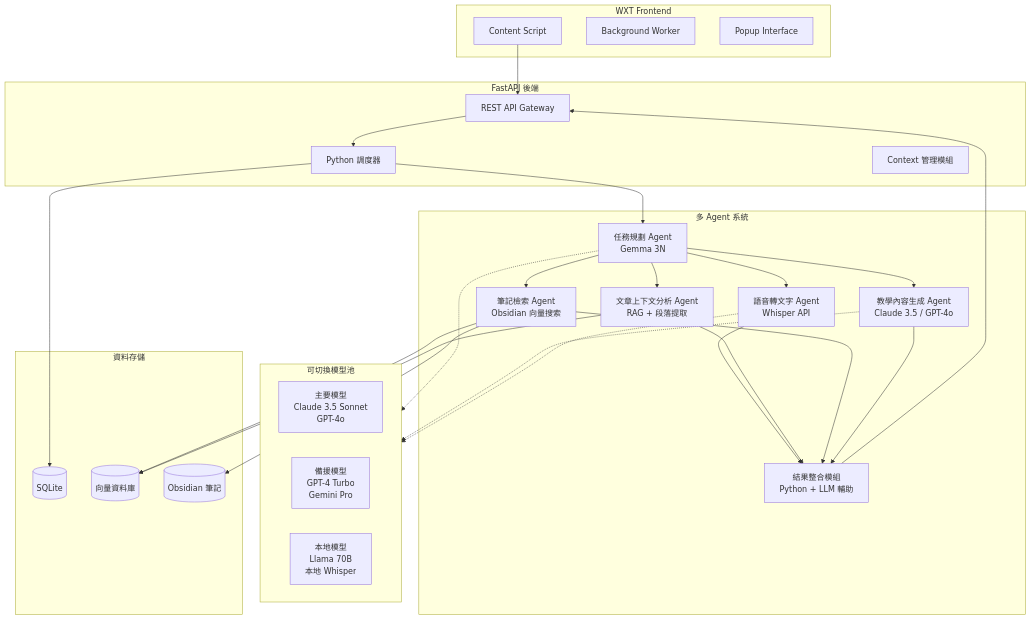
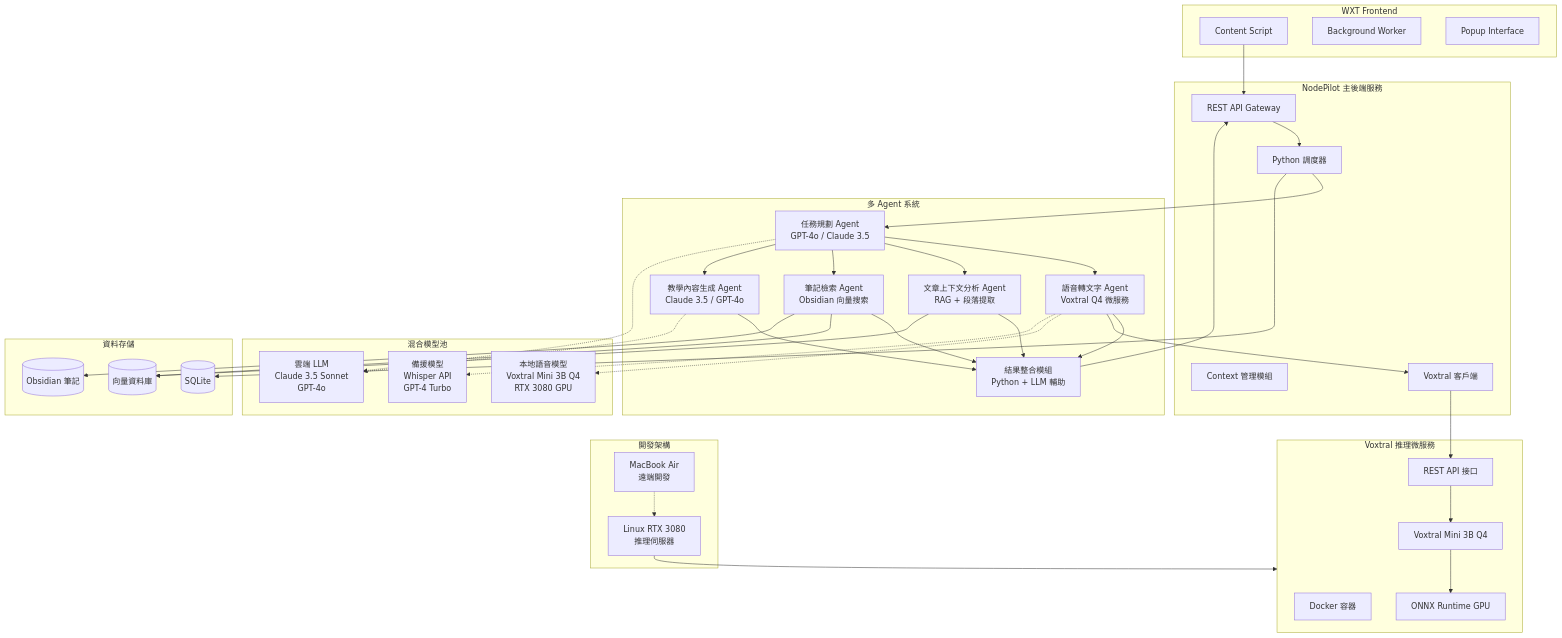
One commit to sheep52031/nodepilot.ai changed the first of 3 diagrams in spec_docs/design.md. Above: the diagram before and after it, drawn with Mermaid. The commit also changed other lines of this file and 32 other files, not shown here.

First line of the commit message:
feat: 完整提交 NodePilot V6 MVP - Voxtral 微服務 + Reader 功能

````diff
--- a/spec_docs/design.md
+++ b/spec_docs/design.md
@@ -17,28 +17,37 @@
     POP[Popup Interface]
   end
 
-  %% FastAPI Backend
-  subgraph Backend[FastAPI 後端]
+  %% Main Backend Service
+  subgraph MainBackend[NodePilot 主後端服務]
     API[REST API Gateway]
     SCHEDULER[Python 調度器]
     CONTEXT[Context 管理模組]
+    CLIENT[Voxtral 客戶端]
   end
 
-  %% Multi-Agent System
+  %% Voxtral Microservice
+  subgraph VoxtralService[Voxtral 推理微服務]
+    DOCKER[Docker 容器]
+    VOXTRAL[Voxtral Mini 3B Q4]
+    ONNX[ONNX Runtime GPU]
+    APIS[REST API 接口]
+  end
+
+  %% Multi-Agent System (Updated)
   subgraph MultiAgent[多 Agent 系統]
-    PLANNER[任務規劃 Agent<br/>Gemma 3N]
-    ASR[語音轉文字 Agent<br/>Whisper API]
+    PLANNER[任務規劃 Agent<br/>GPT-4o / Claude 3.5]
+    ASR[語音轉文字 Agent<br/>Voxtral Q4 微服務]
     CONTEXT_AGENT[文章上下文分析 Agent<br/>RAG + 段落提取]
     NOTES[筆記檢索 Agent<br/>Obsidian 向量搜索]
     TEACHER[教學內容生成 Agent<br/>Claude 3.5 / GPT-4o]
     INTEGRATOR[結果整合模組<br/>Python + LLM 輔助]
   end
 
-  %% Model Pool with Fallback
-  subgraph ModelPool[可切換模型池]
-    PRIMARY[主要模型<br/>Claude 3.5 Sonnet<br/>GPT-4o]
-    FALLBACK[備援模型<br/>GPT-4 Turbo<br/>Gemini Pro]
-    LOCAL[本地模型<br/>Llama 70B<br/>本地 Whisper]
+  %% Model Pool with Fallback (Updated)
+  subgraph ModelPool[混合模型池]
+    LOCAL_VOICE[本地語音模型<br/>Voxtral Mini 3B Q4<br/>RTX 3080 GPU]
+    CLOUD_LLM[雲端 LLM<br/>Claude 3.5 Sonnet<br/>GPT-4o]
+    FALLBACK[備援模型<br/>Whisper API<br/>GPT-4 Turbo]
   end
 
   %% Data Storage
@@ -48,7 +57,13 @@
     OBSIDIAN[(Obsidian 筆記)]
   end
 
-  %% Flow
+  %% Development Architecture
+  subgraph DevArch[開發架構]
+    LINUX[Linux RTX 3080<br/>推理伺服器]
+    MACOS[MacBook Air<br/>遠端開發]
+  end
+
+  %% Flow (Updated for Microservices)
   CS --> API
   API --> SCHEDULER
   SCHEDULER --> PLANNER
@@ -62,14 +77,25 @@
   TEACHER --> INTEGRATOR
   INTEGRATOR --> API
   
-  %% Model connections
-  PLANNER -.-> ModelPool
-  TEACHER -.-> ModelPool
-  ASR -.-> ModelPool
+  %% Microservice communication
+  CLIENT --> APIS
+  ASR --> CLIENT
+  APIS --> VOXTRAL
+  VOXTRAL --> ONNX
+  
+  %% Model connections (Updated)
+  PLANNER -.-> CLOUD_LLM
+  TEACHER -.-> CLOUD_LLM
+  ASR -.-> LOCAL_VOICE
+  ASR -.-> FALLBACK
   
   %% Storage connections
   SCHEDULER --> DB
   NOTES --> VECTOR
   NOTES --> OBSIDIAN
   CONTEXT_AGENT --> VECTOR
+  
+  %% Development flow
+  MACOS -.-> LINUX
+  LINUX --> VoxtralService
 ```
````
